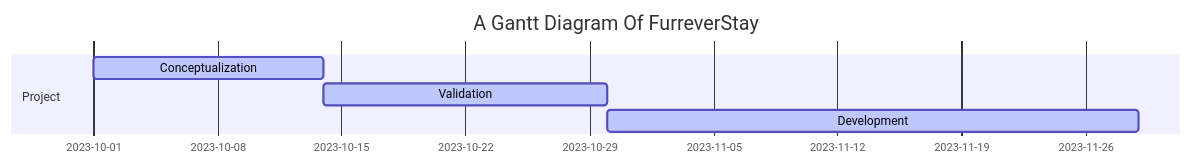
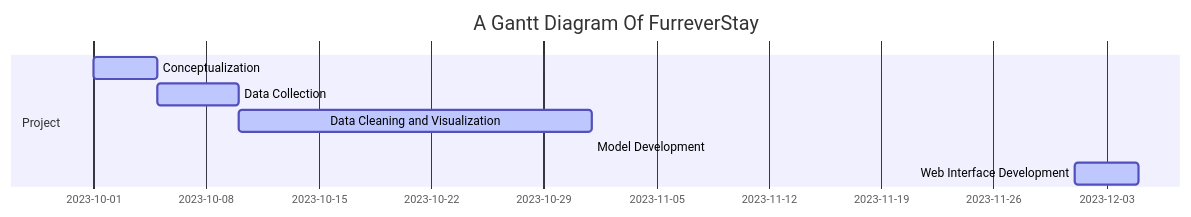
Before and after one commit to AhnafHamim/Furrever-stay: the second of 2 diagrams in README.md, drawn with Mermaid. The commit also changed other lines of this file, not shown here.

````diff
--- a/README.md
+++ b/README.md
@@ -79,12 +85,12 @@
 ```mermaid
 gantt
     dateFormat  YYYY-MM-DD
-    %% Add an additional space for better layout
     title A Gantt Diagram Of FurreverStay
 
     section Project
-    Conceptualization  :active, a1, 2023-10-01, 2023-10-14
-    Validation : active, a2, 2023-10-14, 2023-10-30
-    Development : active, a3, 2023-10-30, 30d
-    
+    Conceptualization           :active, a1, 2023-10-01, 2023-10-05
+    Data Collection             :active, a2, 2023-10-05, 2023-10-10
+    Data Cleaning and Visualization :active, a3, 2023-10-10, 2023-11-01
+    Model Development           :active, a4, 2023-11-01, after a3
+    Web Interface Development   :active, a4, 2023-12-01, 2023-12-05
 ```
````
